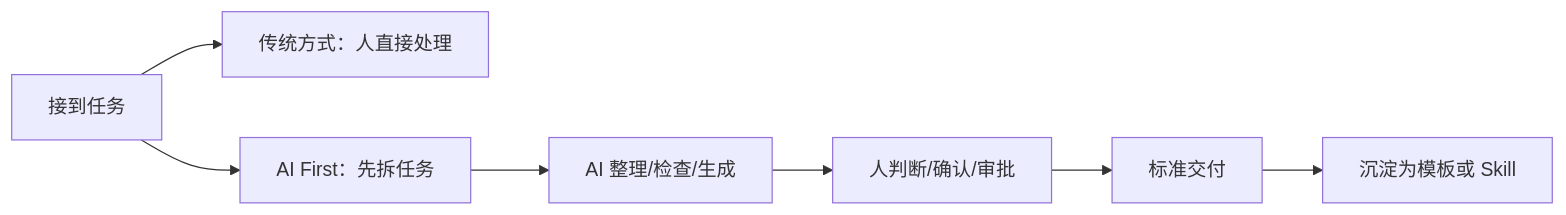
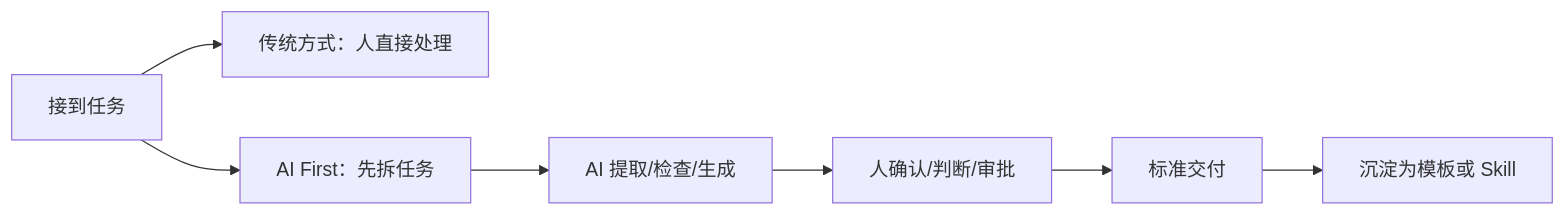
One commit to AICode-Nexus/ai-first-administration changed the first of 3 diagrams in AI-First行政思维转型/final-content.md. Above: the diagram before and after it, drawn with Mermaid. The commit also changed other lines of this file and 13 other files, not shown here.

````diff
--- a/AI-First行政思维转型/final-content.md
+++ b/AI-First行政思维转型/final-content.md
@@ -55,9 +83,9 @@
 ```mermaid
 flowchart LR
     A[接到任务] --> B[传统方式：人直接处理]
     A --> C[AI First：先拆任务]
-    C --> D[AI 整理/检查/生成]
-    D --> E[人判断/确认/审批]
+    C --> D[AI 提取/检查/生成]
+    D --> E[人确认/判断/审批]
     E --> F[标准交付]
     F --> G[沉淀为模板或 Skill]
 ```
````
